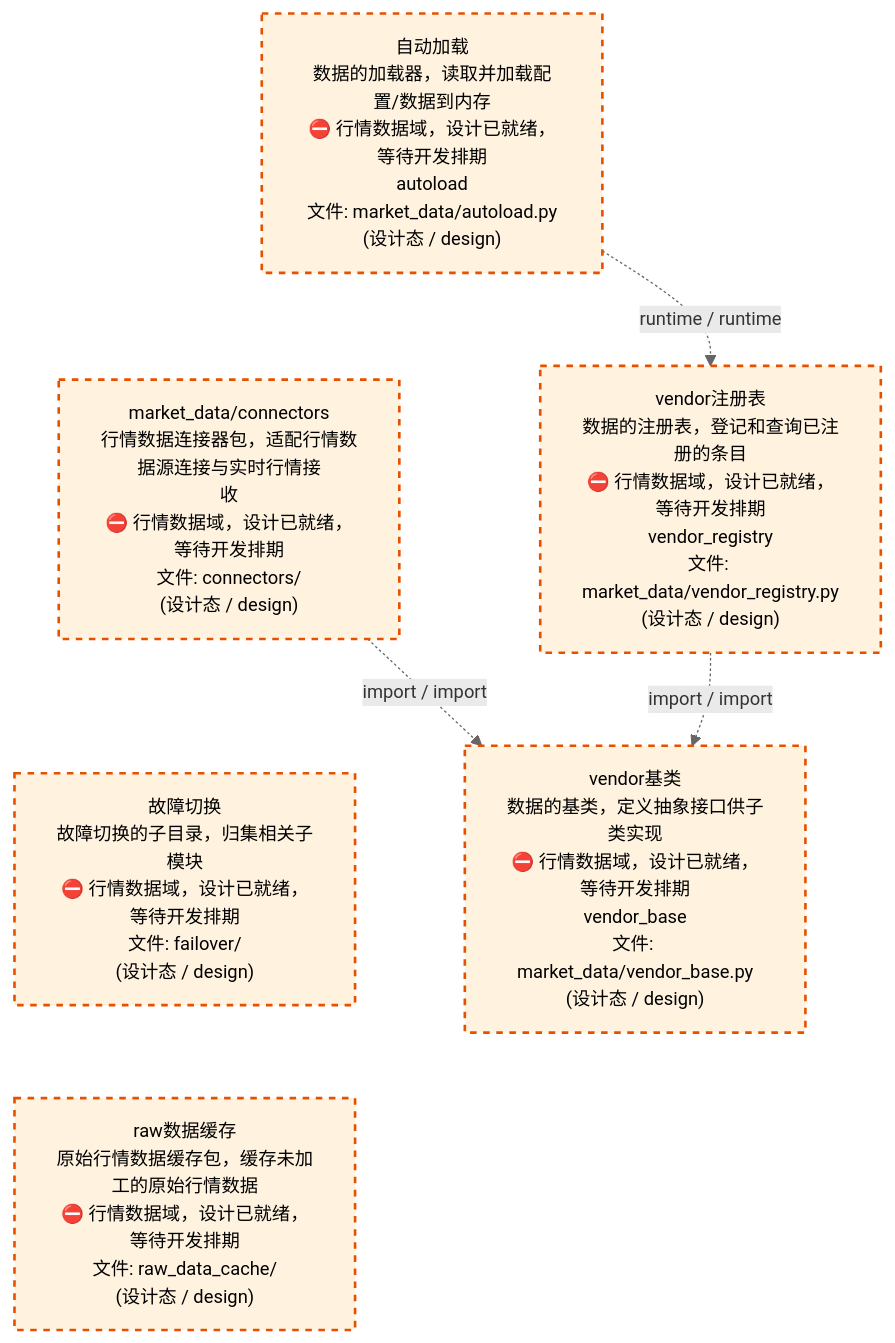
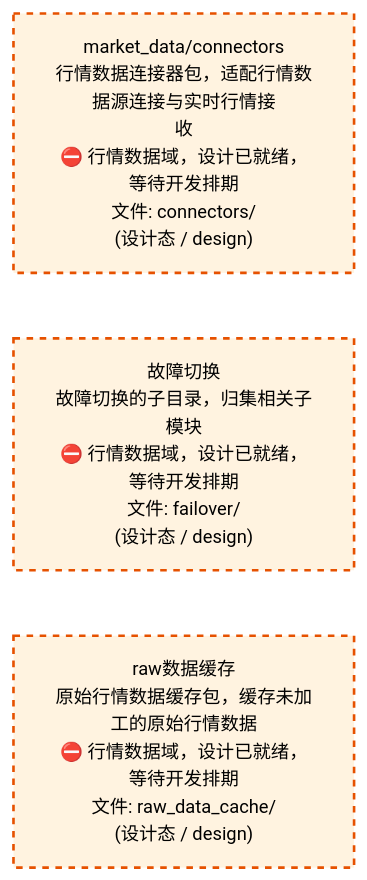
Before and after one commit to xuanFelixVan/ZephyrAlpha: the third of 4 diagrams in docs/02_enterprise_architecture/02_domain_architecture_docs/23_d_mkt_data.md, drawn with Mermaid. The commit also changed other lines of this file and 41 other files, not shown here.

````diff
--- a/docs/02_enterprise_architecture/02_domain_architecture_docs/23_d_mkt_data.md
+++ b/docs/02_enterprise_architecture/02_domain_architecture_docs/23_d_mkt_data.md
@@ -147,21 +161,14 @@
 ```mermaid
 %%{init: {'theme': 'base', 'themeVariables': {'primaryColor': '#eaeaea', 'primaryTextColor': '#333333', 'primaryBorderColor': '#666666', 'lineColor': '#666666', 'secondaryColor': '#eaeaea', 'tertiaryColor': '#eaeaea', 'fontSize': '14px'}}}%%
 flowchart TD
-    src_zephyr_market_data_autoload_py["自动加载<br/>数据的加载器，读取并加载配置/数据到内存<br/>⛔ 行情数据域，设计已就绪，等待开发排期<br/>autoload<br/>文件: market_data/autoload.py<br/>(设计态 / design)"]
     src_zephyr_market_data_connectors["market_data/connectors<br/>行情数据连接器包，适配行情数据源连接与实时行情接<br/>收<br/>⛔ 行情数据域，设计已就绪，等待开发排期<br/>文件: connectors/<br/>(设计态 / design)"]
     src_zephyr_market_data_failover["故障切换<br/>故障切换的子目录，归集相关子模块<br/>⛔ 行情数据域，设计已就绪，等待开发排期<br/>文件: failover/<br/>(设计态 / design)"]
     src_zephyr_market_data_raw_data_cache["raw数据缓存<br/>原始行情数据缓存包，缓存未加工的原始行情数据<br/>⛔ 行情数据域，设计已就绪，等待开发排期<br/>文件: raw_data_cache/<br/>(设计态 / design)"]
-    src_zephyr_market_data_autoload_py ~~~ src_zephyr_market_data_connectors
     src_zephyr_market_data_connectors ~~~ src_zephyr_market_data_failover
     src_zephyr_market_data_failover ~~~ src_zephyr_market_data_raw_data_cache
-    src_zephyr_market_data_vendor_registry_py["vendor注册表<br/>数据的注册表，登记和查询已注册的条目<br/>⛔ 行情数据域，设计已就绪，等待开发排期<br/>vendor_registry<br/>文件: market_data/vendor_registry.py<br/>(设计态 / design)"]
-    src_zephyr_market_data_vendor_base_py["vendor基类<br/>数据的基类，定义抽象接口供子类实现<br/>⛔ 行情数据域，设计已就绪，等待开发排期<br/>vendor_base<br/>文件: market_data/vendor_base.py<br/>(设计态 / design)"]
-    src_zephyr_market_data_vendor_registry_py -.->|import / import| src_zephyr_market_data_vendor_base_py
-    src_zephyr_market_data_connectors -.->|import / import| src_zephyr_market_data_vendor_base_py
-    src_zephyr_market_data_autoload_py -.->|runtime / runtime| src_zephyr_market_data_vendor_registry_py
     classDef production fill:#e1f5fe,stroke:#01579b,stroke-width:2px,color:#000
     classDef design fill:#fff3e0,stroke:#e65100,stroke-width:2px,color:#000,stroke-dasharray: 5 5
     classDef external_prod fill:#e8f4fd,stroke:#0277bd,stroke-width:1px,color:#000
     classDef external_design fill:#fff8e7,stroke:#ef6c00,stroke-width:1px,color:#000,stroke-dasharray: 5 5
-    class src_zephyr_market_data_autoload_py,src_zephyr_market_data_connectors,src_zephyr_market_data_failover,src_zephyr_market_data_raw_data_cache,src_zephyr_market_data_vendor_base_py,src_zephyr_market_data_vendor_registry_py design
+    class src_zephyr_market_data_connectors,src_zephyr_market_data_failover,src_zephyr_market_data_raw_data_cache design
 ```
````
